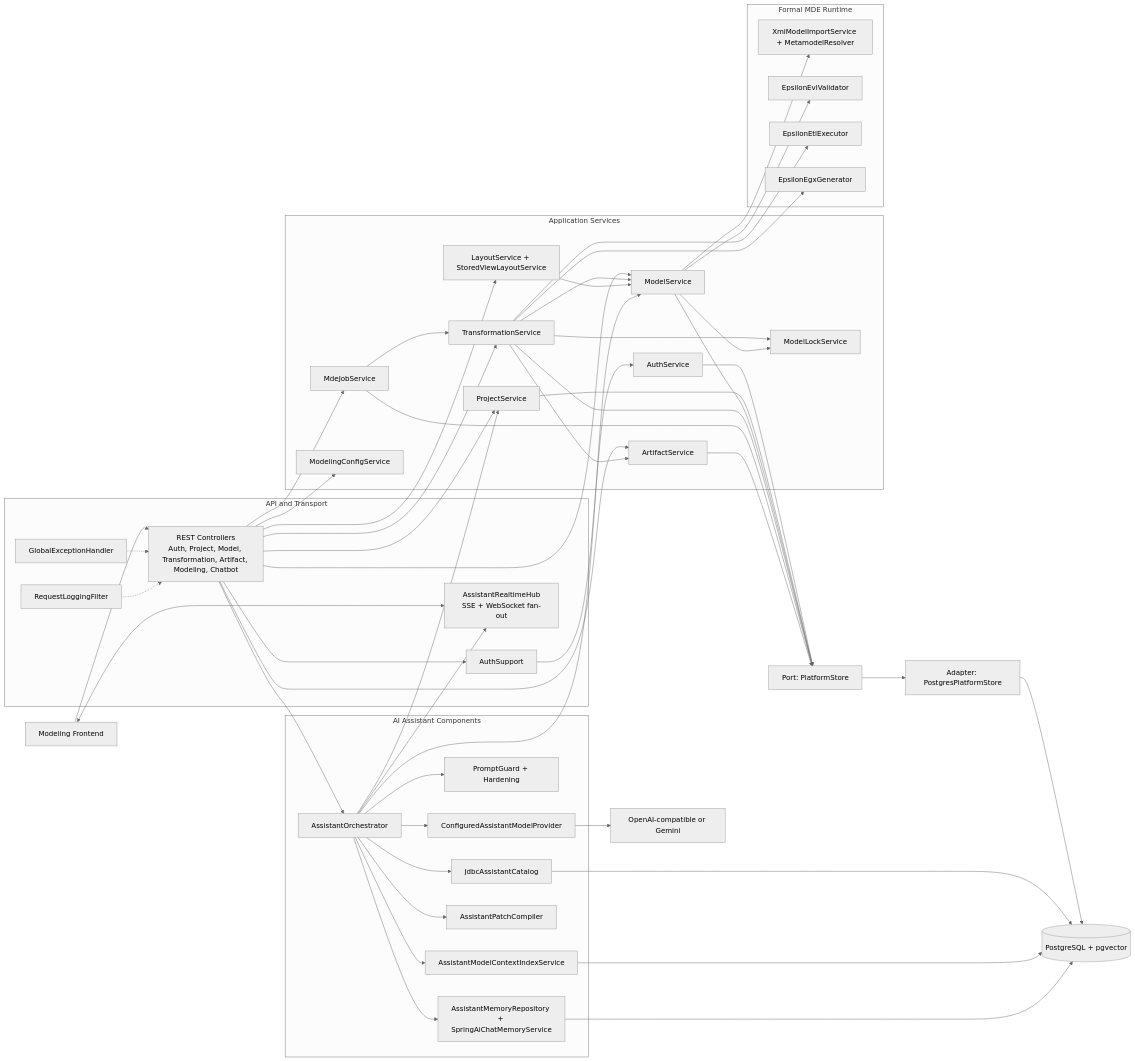
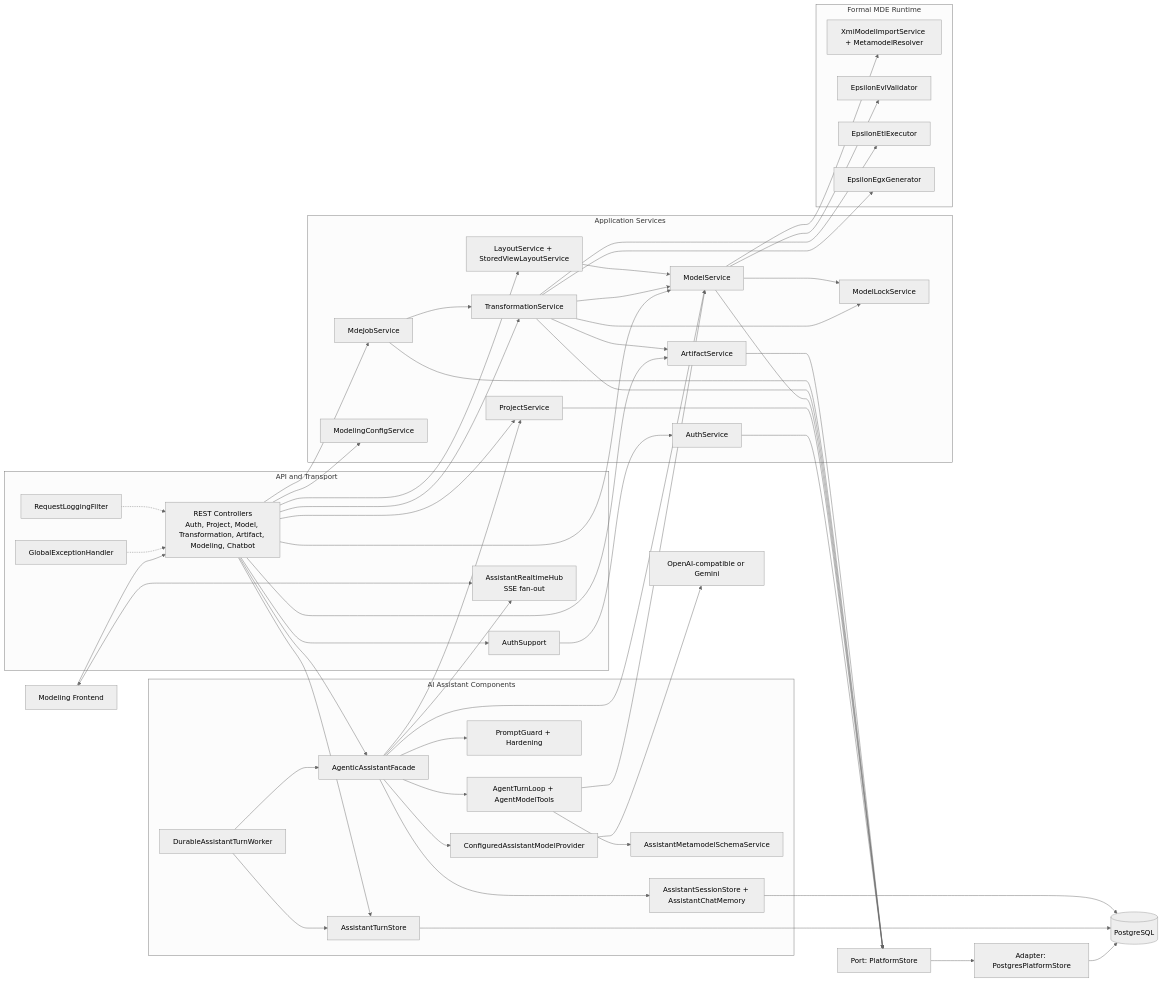
Before and after one commit to mehdieidi/modriss: the diagram in docs/diagrams/03-c4-backend-components.md, drawn with Mermaid (neutral theme). The commit also changed 37 other files, not shown here.

First line of the commit message:
docs: refactor AI assistant documentation and improve clarity on durable turns, checkpoints, and event handling

````diff
--- a/docs/diagrams/03-c4-backend-components.md
+++ b/docs/diagrams/03-c4-backend-components.md
@@ -7,7 +7,7 @@
     subgraph api["API and Transport"]
         controllers["REST Controllers<br/>Auth, Project, Model, Transformation, Artifact, Modeling, Chatbot"]
         authSupport["AuthSupport"]
-        realtime["AssistantRealtimeHub<br/>SSE + WebSocket fan-out"]
+        realtime["AssistantRealtimeHub<br/>SSE fan-out"]
         errors["GlobalExceptionHandler"]
         logging["RequestLoggingFilter"]
     end
@@ -25,13 +25,14 @@
     end
 
     subgraph assistant["AI Assistant Components"]
-        orchestrator["AssistantOrchestrator"]
+        facade["AgenticAssistantFacade"]
+        worker["DurableAssistantTurnWorker"]
+        turnStore["AssistantTurnStore"]
         provider["ConfiguredAssistantModelProvider"]
         guard["PromptGuard + Hardening"]
-        catalog["JdbcAssistantCatalog"]
-        context["AssistantModelContextIndexService"]
-        patch["AssistantPatchCompiler"]
-        memory["AssistantMemoryRepository + SpringAiChatMemoryService"]
+        tools["AgentTurnLoop + AgentModelTools"]
+        schema["AssistantMetamodelSchemaService"]
+        memory["AssistantSessionStore + AssistantChatMemory"]
     end
 
     subgraph mde["Formal MDE Runtime"]
@@ -43,7 +44,7 @@
 
     store["Port: PlatformStore"]
     postgres["Adapter: PostgresPlatformStore"]
-    db[("PostgreSQL + pgvector")]
+    db[("PostgreSQL")]
     ai["OpenAI-compatible or Gemini"]
 
     client --> controllers
@@ -56,7 +57,8 @@
     controllers --> artifacts
     controllers --> layouts
     controllers --> config
-    controllers --> orchestrator
+    controllers --> facade
+    controllers --> turnStore
     errors -.-> controllers
     logging -.-> controllers
 
@@ -71,15 +73,17 @@
     transformations --> etl
     transformations --> egx
 
-    orchestrator --> provider --> ai
-    orchestrator --> guard
-    orchestrator --> catalog
-    orchestrator --> context
-    orchestrator --> patch
-    orchestrator --> memory
-    orchestrator --> models
-    orchestrator --> projects
-    orchestrator --> realtime
+    worker --> turnStore
+    worker --> facade
+    facade --> provider --> ai
+    facade --> guard
+    facade --> tools
+    tools --> schema
+    tools --> models
+    facade --> memory
+    facade --> models
+    facade --> projects
+    facade --> realtime
 
     auth --> store
     projects --> store
@@ -88,7 +92,6 @@
     jobs --> store
     artifacts --> store
     store --> postgres --> db
-    catalog --> db
-    context --> db
+    turnStore --> db
     memory --> db
 ```
````
